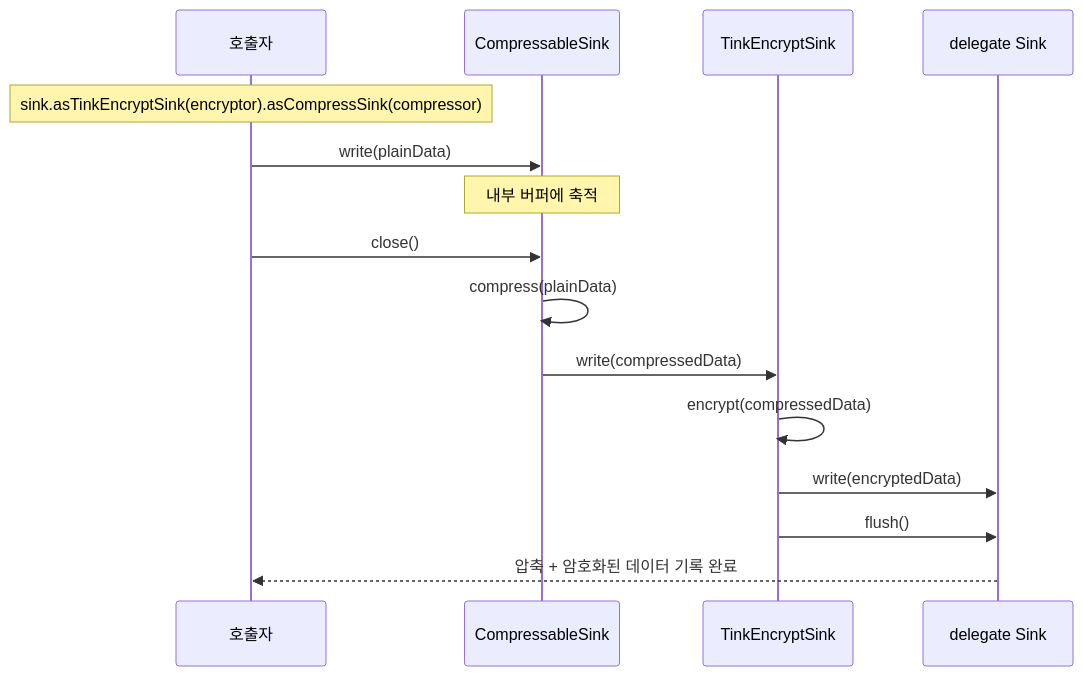
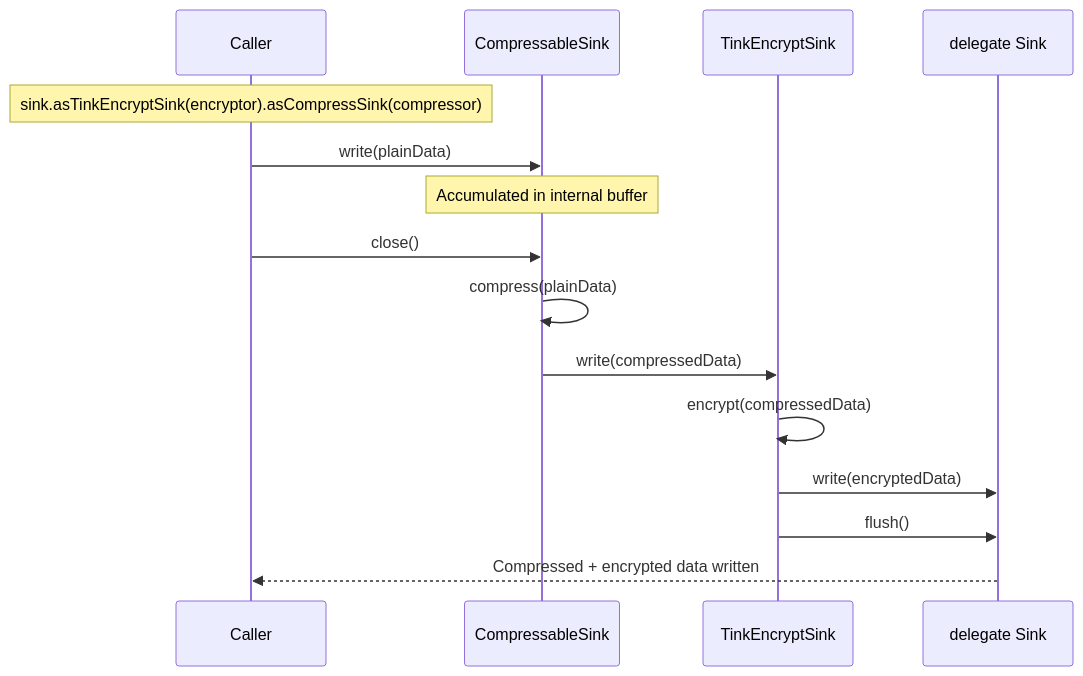
The eighth of 9 diagrams in io/okio/README.md (bluetape4k/bluetape4k-projects), drawn with Mermaid before and after one commit. The commit also changed other lines of this file and 265 other files, not shown here.

````diff
--- a/io/okio/README.md
+++ b/io/okio/README.md
@@ -619,20 +620,20 @@
 ```mermaid
 sequenceDiagram
-    participant C as 호출자
+    participant C as Caller
     participant CS as CompressableSink
     participant ES as TinkEncryptSink
     participant D as delegate Sink
 
     Note over C: sink.asTinkEncryptSink(encryptor).asCompressSink(compressor)
 
     C->>CS: write(plainData)
-    Note over CS: 내부 버퍼에 축적
+    Note over CS: Accumulated in internal buffer
 
     C->>CS: close()
     CS->>CS: compress(plainData)
     CS->>ES: write(compressedData)
     ES->>ES: encrypt(compressedData)
     ES->>D: write(encryptedData)
     ES->>D: flush()
-    D-->>C: 압축 + 암호화된 데이터 기록 완료
+    D-->>C: Compressed + encrypted data written
 ```
````
